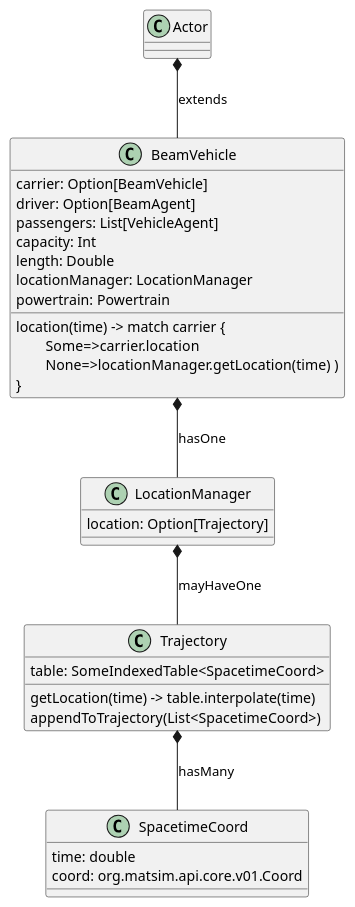
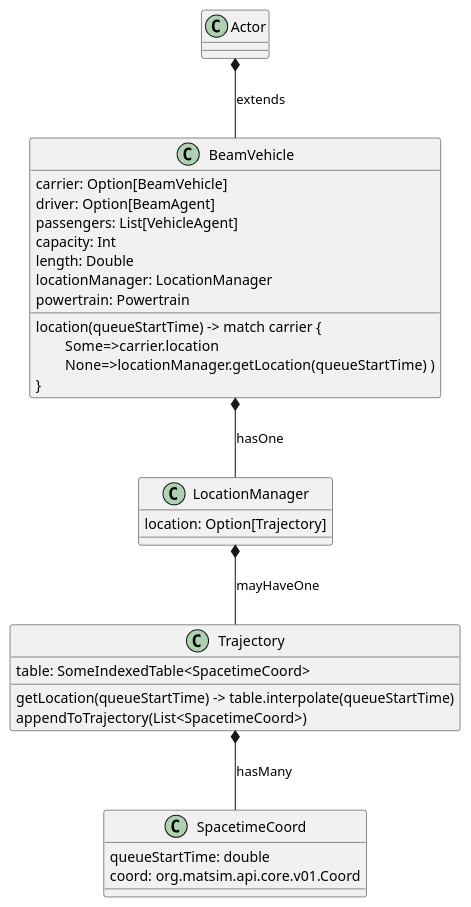
One commit to LBNL-UCB-STI/beam changed the diagram in docs/uml/VehicleAgentSpec.puml. Above: the diagram before and after it, drawn with PlantUML. The commit also changed 79 other files, not shown here.

```diff
--- a/docs/uml/VehicleAgentSpec.puml
+++ b/docs/uml/VehicleAgentSpec.puml
@@ -1,50 +1,50 @@
 @startuml
 scale 900 height
 
 ' See this page for diagram conventions:
 ' http://plantuml.com/class-diagram
 
 /'
 NOTES:
 A driver is a BeamAgent and does NOT need to be physically inside vehicle
 passengers are BeamVehicles and are physically in vehicle and move with the vehicle
 (e.g. a PersonAgent who is driving alone would be the driver of the vehicle and his/her
 HumanBodyVehicle would be a passenger)
 HumanBodyVehicle is a special case, it has no passengers, just a driver
 Transit Vehicles will need a boardAlightDelayFunction
  '/
 
 class BeamVehicle {
   carrier: Option[BeamVehicle]
   driver: Option[BeamAgent]
   passengers: List[VehicleAgent]
   capacity: Int
   length: Double
   locationManager: LocationManager
   powertrain: Powertrain
-  location(time) -> match carrier { \n\tSome=>carrier.location\n\tNone=>locationManager.getLocation(time) )\n}
+  location(queueStartTime) -> match carrier { \n\tSome=>carrier.location\n\tNone=>locationManager.getLocation(queueStartTime) )\n}
 }
 
 'Either make this an actor or remove and have trajectory under VehAgent
 class LocationManager {
    location: Option[Trajectory]
 }
 
 class Trajectory {
    table: SomeIndexedTable<SpacetimeCoord>
-   getLocation(time) -> table.interpolate(time)
+   getLocation(queueStartTime) -> table.interpolate(queueStartTime)
    appendToTrajectory(List<SpacetimeCoord>)
 }
 
 class SpacetimeCoord {
-    time: double
+    queueStartTime: double
     coord: org.matsim.api.core.v01.Coord
 }
 
 Actor *-- BeamVehicle : extends
 BeamVehicle *-- LocationManager : hasOne
 LocationManager *-- Trajectory : mayHaveOne
 Trajectory *-- SpacetimeCoord: hasMany
 
 
 @enduml
```
